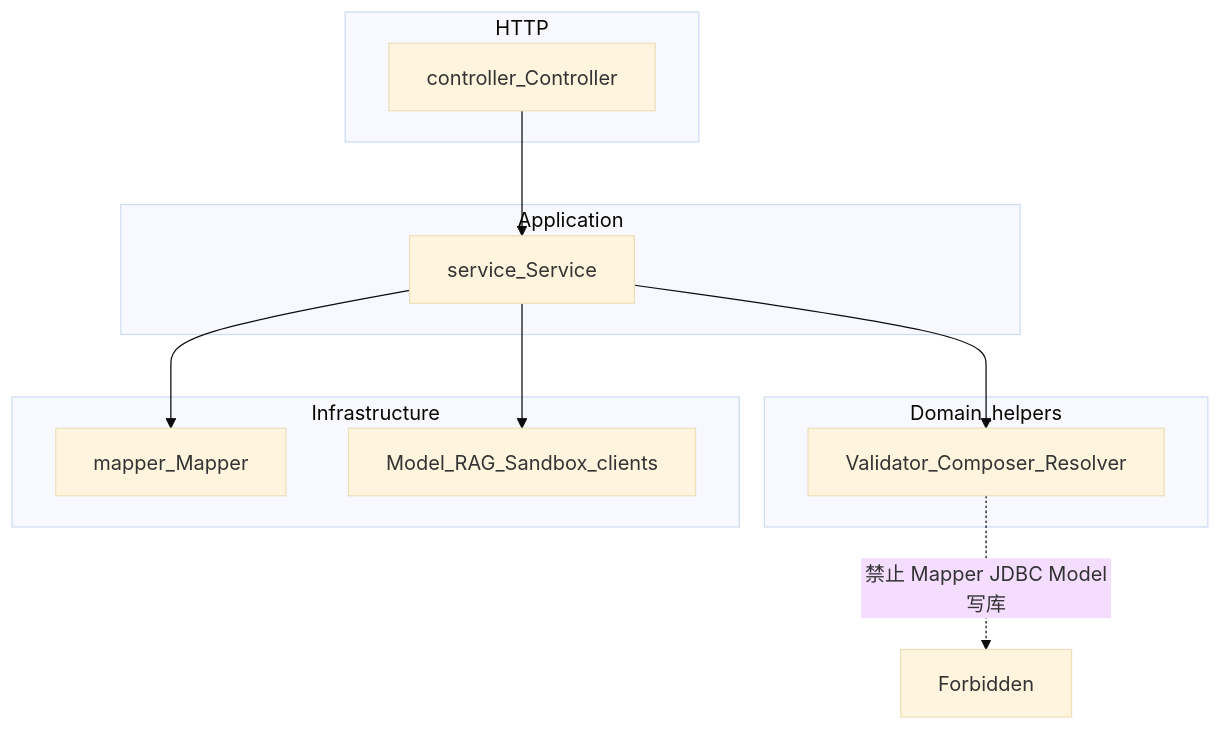
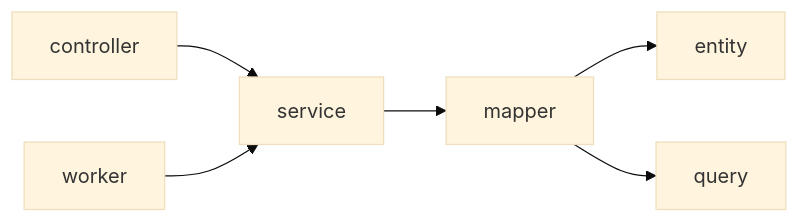
The diagram in docs/architecture/backend-standards.md (ACha-xwx/Structify), drawn with Mermaid (base theme) before and after one commit. The commit also changed other lines of this file and 1037 other files, not shown here.

````diff
--- a/docs/architecture/backend-standards.md
+++ b/docs/architecture/backend-standards.md
@@ -24,21 +56,8 @@
 ```mermaid
-flowchart TB
-  subgraph http [HTTP]
-    C[controller_Controller]
-  end
-  subgraph app [Application]
-    S[service_Service]
-  end
-  subgraph domain [Domain_helpers]
-    V[Validator_Composer_Resolver]
-  end
-  subgraph infra [Infrastructure]
-    M[mapper_Mapper]
-    X[Model_RAG_Sandbox_clients]
-  end
-  C --> S
-  S --> V
-  S --> M
-  S --> X
-  V -.->|"禁止 Mapper JDBC Model写库"| forbid[Forbidden]
+flowchart LR
+  C[controller] --> S[service]
+  W[worker] --> S
+  S --> M[mapper]
+  M --> E[entity]
+  M --> Q[query]
 ```
````
